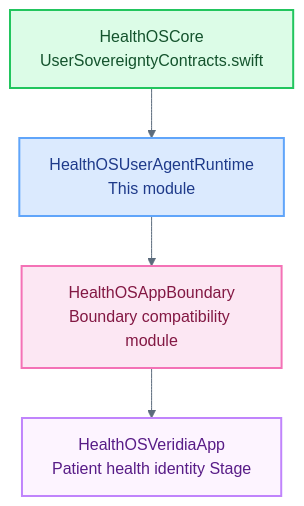
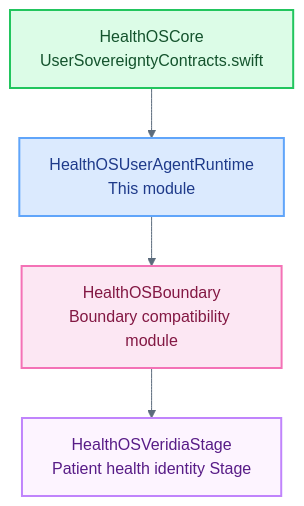
The diagram in swift/Sources/HealthOSUserAgentRuntime/README.md (myselfgus/HealthOScaffold), drawn with Mermaid before and after one commit. The commit also changed other lines of this file and 104 other files, not shown here.

Commit message:
Rename Boundary and Stage targets

````diff
--- a/swift/Sources/HealthOSUserAgentRuntime/README.md
+++ b/swift/Sources/HealthOSUserAgentRuntime/README.md
@@ -9,17 +9,17 @@
 ```mermaid
 %%{init: {'theme': 'base', 'themeVariables': {'primaryColor': '#F6F8FB', 'primaryBorderColor': '#D6DEE8', 'primaryTextColor': '#1D2733', 'clusterBkg': '#FFFFFF', 'clusterBorder': '#D6DEE8', 'lineColor': '#5B6B7C', 'edgeLabelBackground': '#F6F8FB', 'fontFamily': 'ui-rounded, -apple-system, BlinkMacSystemFont, sans-serif'}}}%%
 graph TD
     classDef core     fill:#dcfce7,stroke:#22c55e,stroke-width:2px,color:#14532d
     classDef runtime  fill:#dbeafe,stroke:#60a5fa,stroke-width:2px,color:#1e3a8a
     classDef boundary fill:#fce7f3,stroke:#f472b6,stroke-width:2px,color:#831843
     classDef stage    fill:#fdf4ff,stroke:#c084fc,stroke-width:2px,color:#581c87
 
     CORE[HealthOSCore\nUserSovereigntyContracts.swift]:::core
     UAR[HealthOSUserAgentRuntime\nThis module]:::runtime
-    BOUND[HealthOSAppBoundary\nBoundary compatibility module]:::boundary
-    VERIDIA[HealthOSVeridiaApp\nPatient health identity Stage]:::stage
+    BOUND[HealthOSBoundary\nBoundary compatibility module]:::boundary
+    VERIDIA[HealthOSVeridiaStage\nPatient health identity Stage]:::stage
 
     CORE --> UAR
     UAR --> BOUND
     BOUND --> VERIDIA
 ```
````
